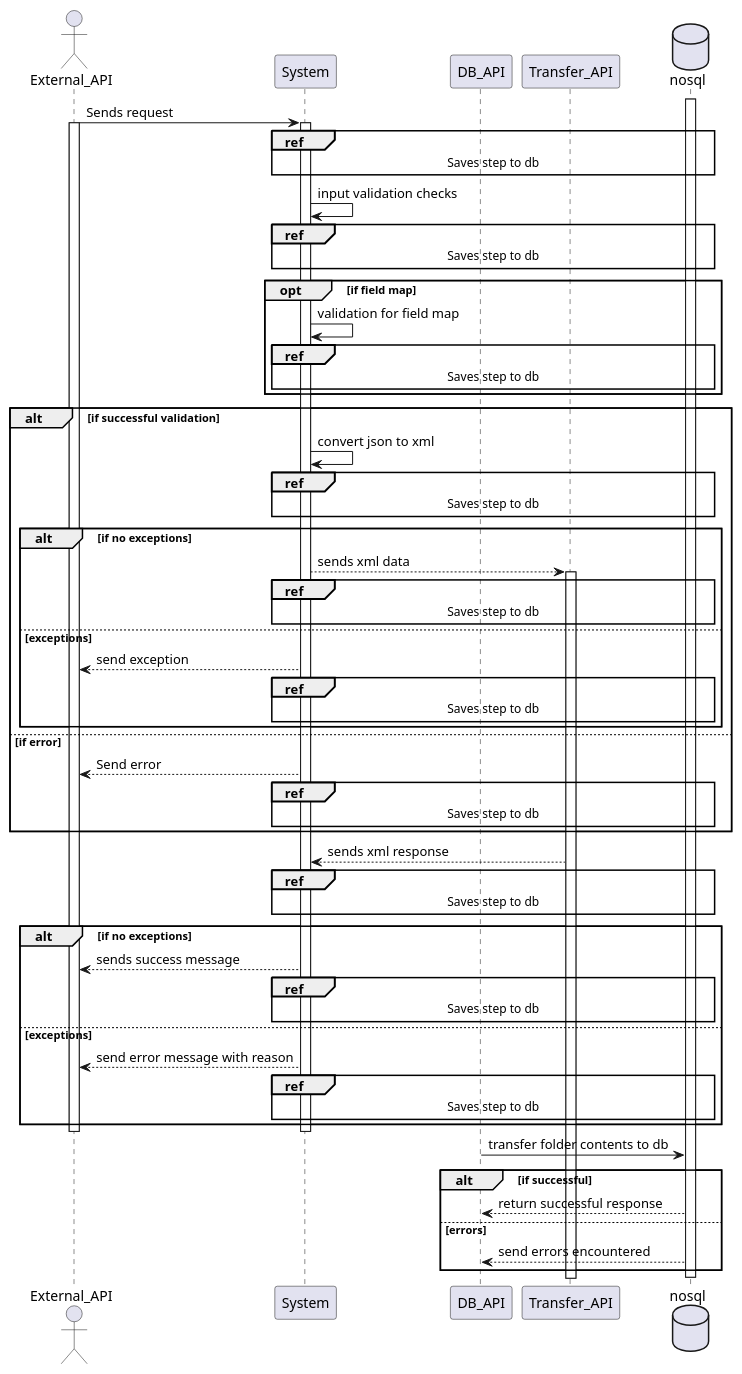
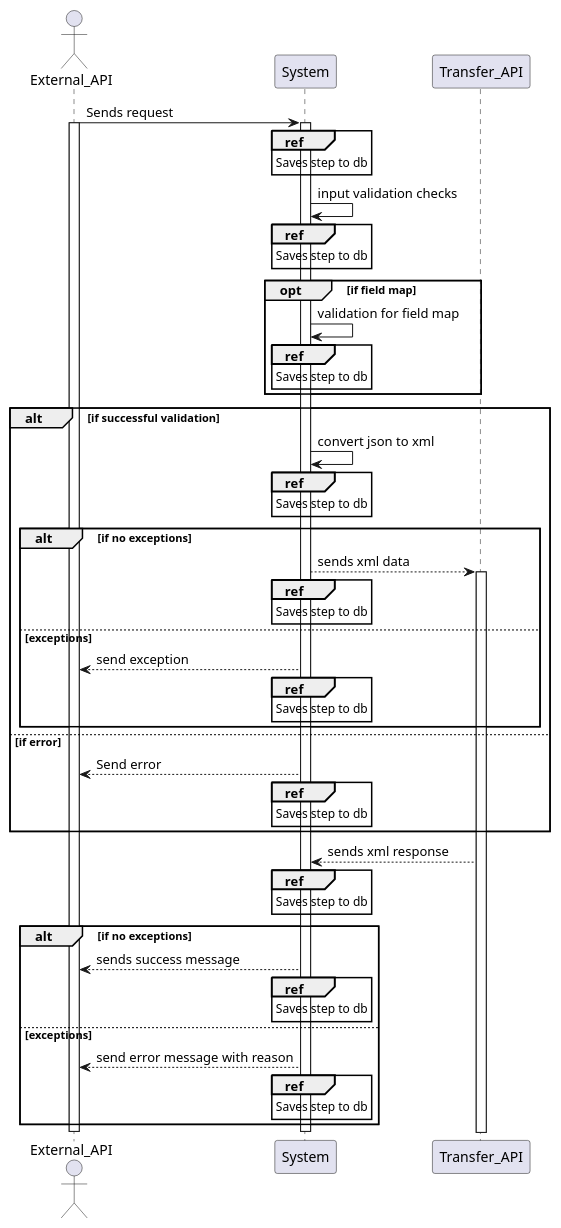
Before and after one commit to sadeeqilu/JsonToXML: the diagram in src/doc/uml.puml, drawn with PlantUML. The commit also changed 3 other files, not shown here.

Commit message:
uml updates 5

```diff
--- a/src/doc/uml.puml
+++ b/src/doc/uml.puml
@@ -1,72 +1,63 @@
 @startuml
 actor External_API
 participant System
-participant DB_API
 participant Transfer_API
-database nosql
 
 External_API -> System : Sends request
 activate External_API
 activate System  
-ref over System, DB_API, nosql
+ref over System
             Saves step to db
 end ref  
 System -> System : input validation checks
-ref over System, DB_API, nosql
+ref over System
             Saves step to db
 end ref  
 opt if field map
     System -> System : validation for field map
-    ref over System, DB_API, nosql
+    ref over System
             Saves step to db
 end ref  
     end
 alt if successful validation
     System -> System : convert json to xml
-   ref over System, DB_API, nosql
+   ref over System
             Saves step to db
 end ref  
     alt if no exceptions
         System --> Transfer_API : sends xml data
-        ref over System, DB_API, nosql
+        ref over System
             Saves step to db
         end ref  
         activate Transfer_API
     else exceptions
         System --> External_API : send exception
-    ref over System, DB_API, nosql
+    ref over System
         Saves step to db
     end ref
 end
 else if error
     System --> External_API : Send error
-    ref over System, DB_API, nosql
+    ref over System 
         Saves step to db
     end ref
 end
 Transfer_API --> System : sends xml response
-ref over System, DB_API, nosql
+ref over System
  Saves step to db
 end ref
 alt if no exceptions
     System --> External_API : sends success message
-    ref over System, DB_API, nosql
+    ref over System
         Saves step to db
     end ref
 else exceptions
     System --> External_API : send error message with reason
-    ref over System, DB_API, nosql
+    ref over System
         Saves step to db
     end ref
 end
 deactivate External_API
 deactivate System
-activate nosql
-DB_API -> nosql : transfer folder contents to db
-alt if successful
-    nosql --> DB_API : return successful response
-else errors
-    nosql --> DB_API : send errors encountered
-end
-deactivate nosql
+deactivate 
 @enduml
```
